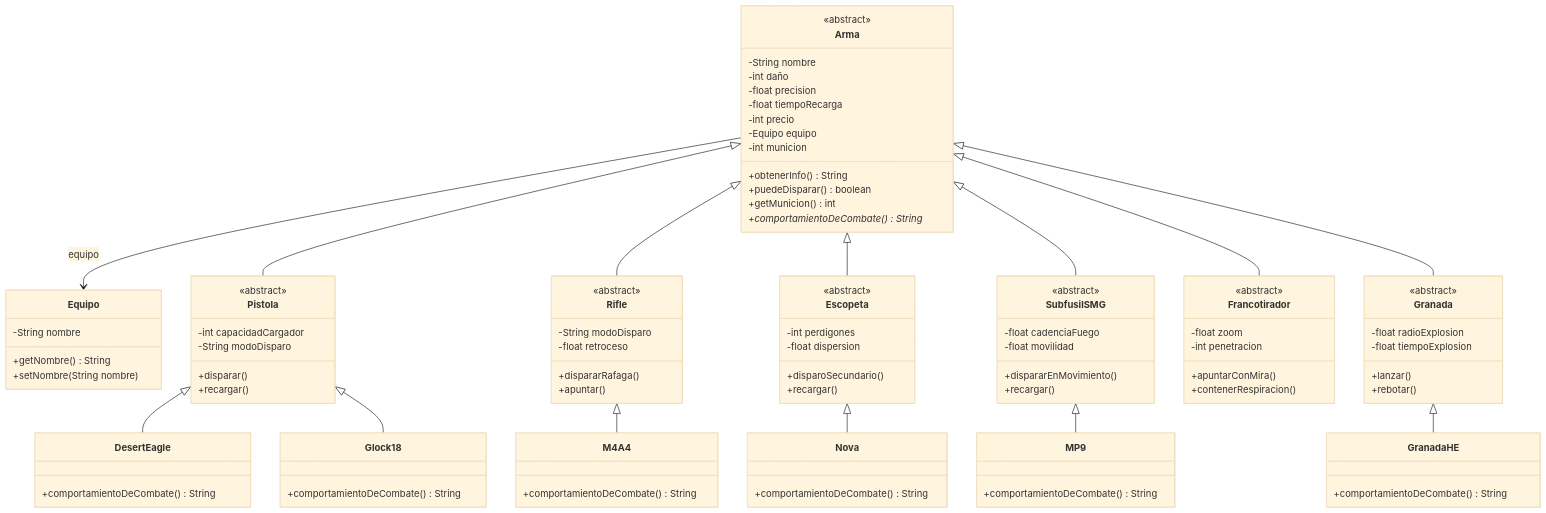
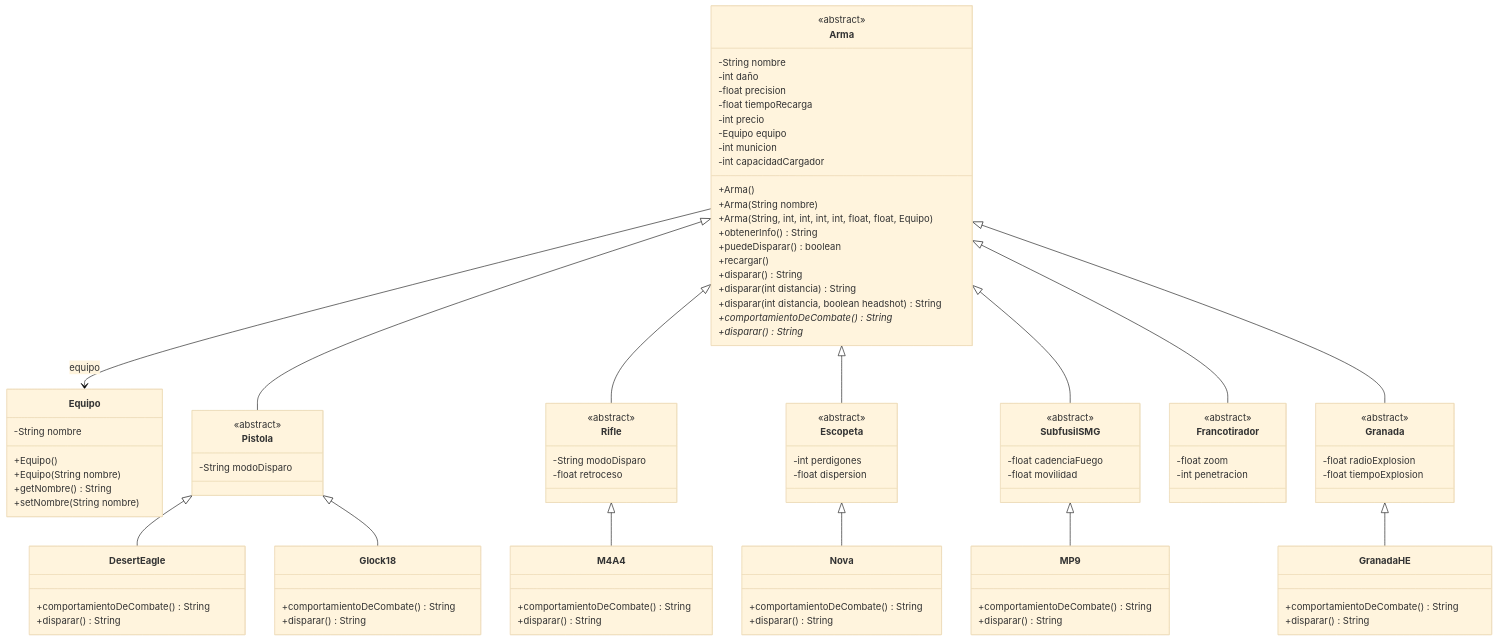
One commit to dianamariapaz2104/daquino-tp-lp3-2026 changed the diagram in README.md. Above: the diagram before and after it, drawn with Mermaid (base theme). The commit also changed other lines of this file and 2 other files, not shown here.

```diff
--- a/README.md
+++ b/README.md
@@ -86,88 +50,91 @@
     -int precio
     -Equipo equipo
     -int municion
+    -int capacidadCargador
+    +Arma()
+    +Arma(String nombre)
+    +Arma(String, int, int, int, int, float, float, Equipo)
     +obtenerInfo() String
     +puedeDisparar() boolean
-    +getMunicion() int
+    +recargar()
+    +disparar() String
+    +disparar(int distancia) String
+    +disparar(int distancia, boolean headshot) String
     +comportamientoDeCombate() String*
+    +disparar() String*
   }
 
   class Equipo {
     -String nombre
+    +Equipo()
+    +Equipo(String nombre)
     +getNombre() String
     +setNombre(String nombre)
   }
 
   class Pistola {
     <<abstract>>
-    -int capacidadCargador
     -String modoDisparo
-    +disparar()
-    +recargar()
   }
 
   class Rifle {
     <<abstract>>
     -String modoDisparo
     -float retroceso
-    +dispararRafaga()
-    +apuntar()
   }
 
   class Escopeta {
     <<abstract>>
     -int perdigones
     -float dispersion
-    +disparoSecundario()
-    +recargar()
   }
 
   class SubfusilSMG {
     <<abstract>>
     -float cadenciaFuego
     -float movilidad
-    +dispararEnMovimiento()
-    +recargar()
   }
 
   class Francotirador {
     <<abstract>>
     -float zoom
     -int penetracion
-    +apuntarConMira()
-    +contenerRespiracion()
   }
 
   class Granada {
     <<abstract>>
     -float radioExplosion
     -float tiempoExplosion
-    +lanzar()
-    +rebotar()
   }
 
   class DesertEagle {
     +comportamientoDeCombate() String
+    +disparar() String
   }
 
   class Glock18 {
     +comportamientoDeCombate() String
+    +disparar() String
   }
 
   class M4A4 {
     +comportamientoDeCombate() String
+    +disparar() String
+  }
+
+  class MP9 {
+    +comportamientoDeCombate() String
+    +disparar() String
   }
 
   class Nova {
     +comportamientoDeCombate() String
-  }
-
-  class MP9 {
-    +comportamientoDeCombate() String
+    +disparar() String
   }
 
   class GranadaHE {
     +comportamientoDeCombate() String
+    +disparar() String
   }
 
   Arma <|-- Pistola
@@ -180,8 +147,8 @@
   Pistola <|-- DesertEagle
   Pistola <|-- Glock18
   Rifle <|-- M4A4
+  SubfusilSMG <|-- MP9
   Escopeta <|-- Nova
-  SubfusilSMG <|-- MP9
   Granada <|-- GranadaHE
 
   Arma --> Equipo : equipo
```
